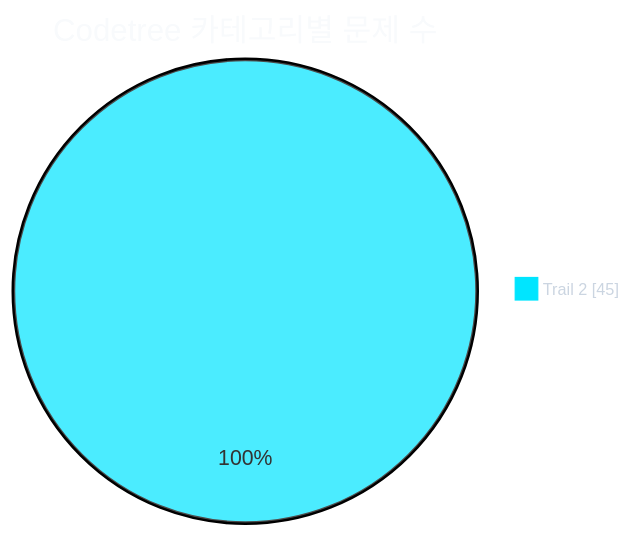
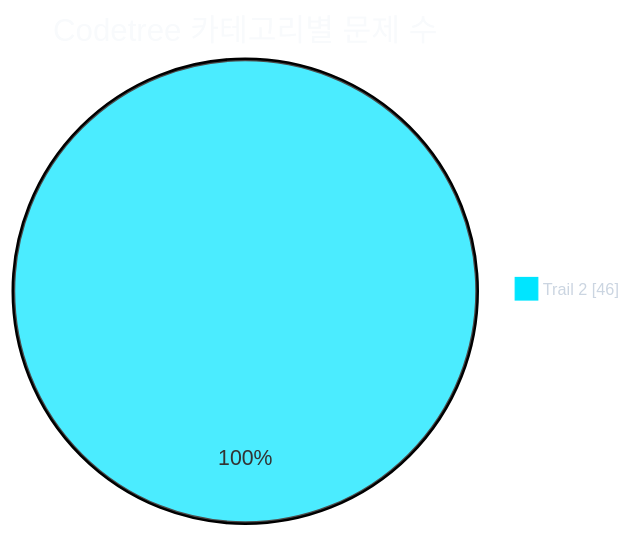
One commit to CHOOSLA/Algorithm changed the first of 2 diagrams in readme.md. Above: the diagram before and after it, drawn with Mermaid. The commit also changed other lines of this file and 2 other files, not shown here.

````diff
--- a/readme.md
+++ b/readme.md
@@ -31,21 +31,21 @@
 ```mermaid
 ---
 config:
   theme: base
   themeVariables:
     background: '#0d1117'
     pieTitleTextColor: '#f8fafc'
     pieLegendTextColor: '#cbd5e1'
     pieLegendTextSize: '13px'
     pie1: '#00e5ff'
     pie2: '#22c55e'
     pie3: '#f59e0b'
     pie4: '#a855f7'
     pie5: '#ec4899'
     pie6: '#3b82f6'
     pie7: '#64748b'
 ---
 pie showData
   title Codetree 카테고리별 문제 수
-  "Trail 2" : 45
+  "Trail 2" : 46
 ```
````
